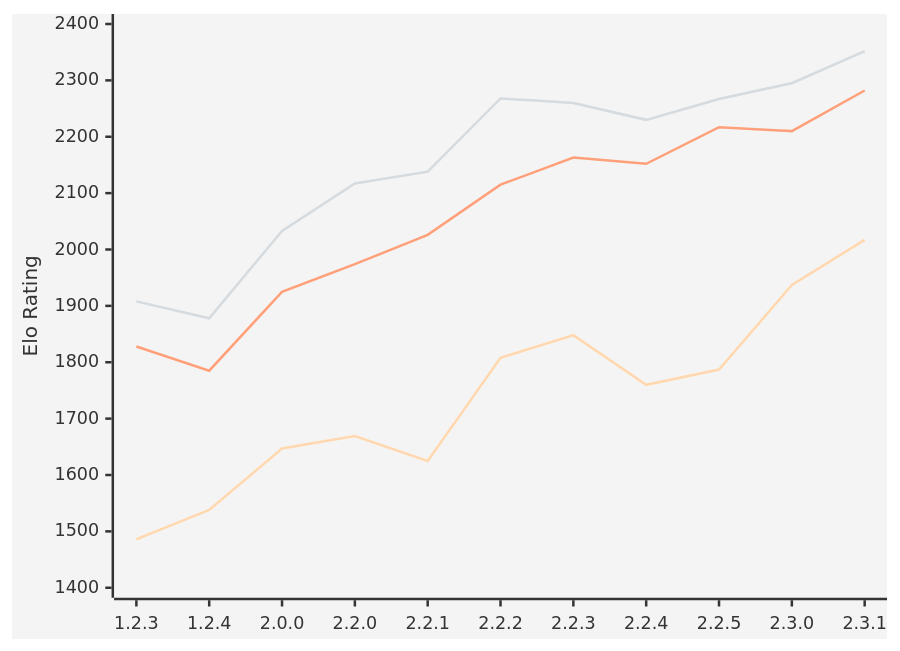
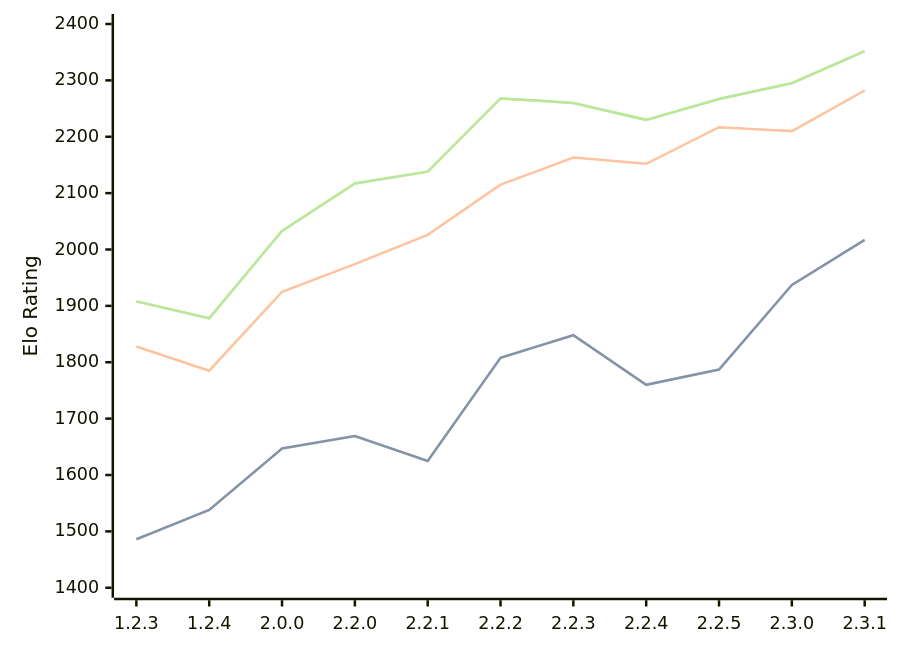
Before and after one commit to computer-chess-index/cci: the first of 2 diagrams in engines/Kreveta.md, drawn with Mermaid. The commit also changed other lines of this file, not shown here.

Commit message:
Update CCI Ratings (ELO VLTC) - 2026-05-17

````diff
--- a/engines/Kreveta.md
+++ b/engines/Kreveta.md
@@ -43,11 +43,11 @@
 ```mermaid
-%%{init: {"theme":"base","themeVariables":{"seriesColors":["#fa3b3b","#f4a261","#7aff3c","#7aff3c","#7aff3c"]}}}%%
+%%{init: {"theme":"base","themeVariables":{"seriesColors:['#a3a3a3','#222221','#faa371']}}}%%
 xychart-beta
   x-axis ["1.2.3", "1.2.4", "2.0.0", "2.2.0", "2.2.1", "2.2.2", "2.2.3", "2.2.4", "2.2.5", "2.3.0", "2.3.1"]
   y-axis "Elo Rating" 1400 --> 2400
-  line "① STC (8.0+0.08s)" [1486, 1538, 1647, 1669, 1625, 1808, 1848, 1760, 1787, 1937, 2017]
-  line "① STC (8.0+0.08s)" [1486, 1538, 1647, 1669, 1625, 1808, 1848, 1760, 1787, 1937, 2017]
-  line "② LTC (60.0+0.60s)" [1828, 1785, 1925, 1974, 2026, 2115, 2163, 2152, 2217, 2210, 2282]
-  line "③ VLTC (2m24s+1.12s)" [1908, 1878, 2033, 2117, 2138, 2268, 2260, 2230, 2267, 2295, 2352]
-  line "③ VLTC (2m24s+1.12s)" [1908, 1878, 2033, 2117, 2138, 2268, 2260, 2230, 2267, 2295, 2352]
+  line "■ STC (8.0+0.08s)" [1486, 1538, 1647, 1669, 1625, 1808, 1848, 1760, 1787, 1937, 2017]
+  line "■ STC (8.0+0.08s)" [1486, 1538, 1647, 1669, 1625, 1808, 1848, 1760, 1787, 1937, 2017]
+  line "◆ LTC (60.0+0.60s)" [1828, 1785, 1925, 1974, 2026, 2115, 2163, 2152, 2217, 2210, 2282]
+  line "▲ VLTC (2m24s+1.12s)" [1908, 1878, 2033, 2117, 2138, 2268, 2260, 2230, 2267, 2295, 2352]
+  line "▲ VLTC (2m24s+1.12s)" [1908, 1878, 2033, 2117, 2138, 2268, 2260, 2230, 2267, 2295, 2352]
 ```
````
